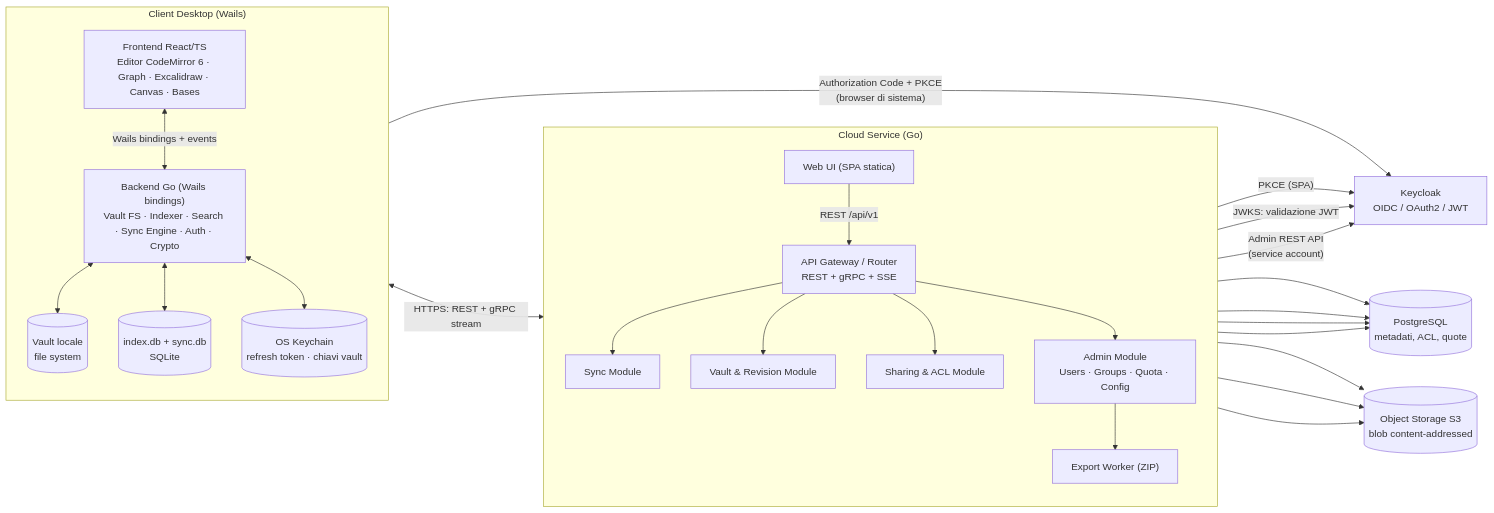
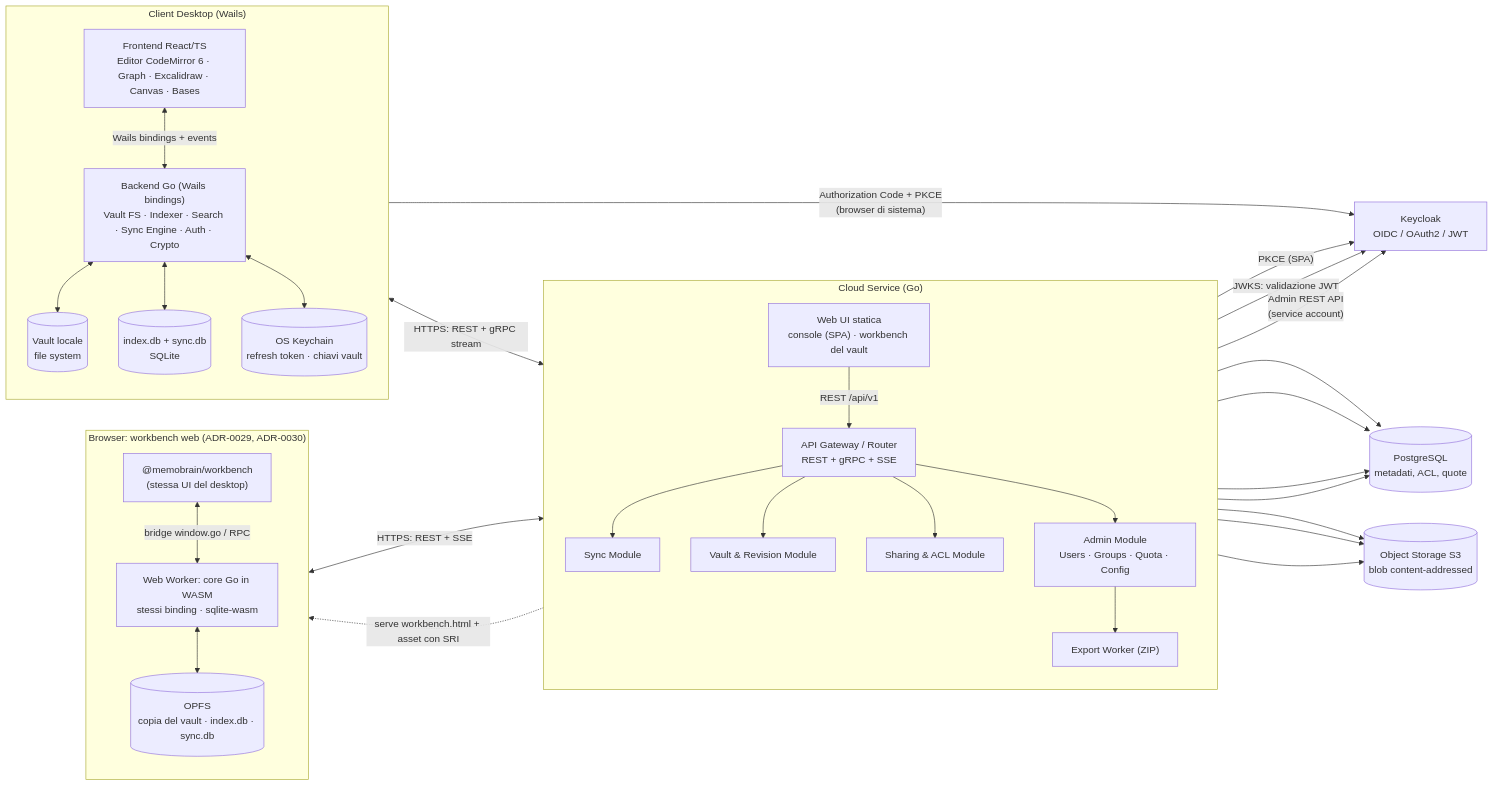
The first of 5 diagrams in Specifications.md (E2BRAdvisory/Clarae), drawn with Mermaid before and after one commit. The commit also changed other lines of this file and 5 other files, not shown here.

First line of the commit message:
docs(spec): Specifications.md 1.3 records the web workbench, the WASM core and Task; ADR 0029, 0030 and 0032 accepted [M11-W10.1]

````diff
--- a/Specifications.md
+++ b/Specifications.md
@@ -95,41 +96,52 @@
 ```mermaid
 flowchart LR
   subgraph DESK["Client Desktop (Wails)"]
     direction TB
     FE["Frontend React/TS<br/>Editor CodeMirror 6 · Graph · Excalidraw · Canvas · Bases"]
     BE["Backend Go (Wails bindings)<br/>Vault FS · Indexer · Search · Sync Engine · Auth · Crypto"]
     LFS[("Vault locale<br/>file system")]
     LDB[("index.db + sync.db<br/>SQLite")]
     KR[("OS Keychain<br/>refresh token · chiavi vault")]
     FE <-->|"Wails bindings + events"| BE
     BE <--> LFS
     BE <--> LDB
     BE <--> KR
   end
 
   subgraph CLOUD["Cloud Service (Go)"]
     direction TB
     GW["API Gateway / Router<br/>REST + gRPC + SSE"]
     SYNC["Sync Module"]
     VAULT["Vault & Revision Module"]
     SHARE["Sharing & ACL Module"]
     ADM["Admin Module<br/>Users · Groups · Quota · Config"]
     EXP["Export Worker (ZIP)"]
-    WEB["Web UI (SPA statica)"]
+    WEB["Web UI statica<br/>console (SPA) · workbench del vault"]
     GW --> SYNC & VAULT & SHARE & ADM
     ADM --> EXP
   end
 
   KC["Keycloak<br/>OIDC / OAuth2 / JWT"]
   PG[("PostgreSQL<br/>metadati, ACL, quote")]
   S3[("Object Storage S3<br/>blob content-addressed")]
 
   BE <-->|"HTTPS: REST + gRPC stream"| GW
   BE -->|"Authorization Code + PKCE<br/>(browser di sistema)"| KC
+  subgraph BROWSER["Browser: workbench web (ADR-0029, ADR-0030)"]
+    direction TB
+    WFE["@memobrain/workbench<br/>(stessa UI del desktop)"]
+    WCORE["Web Worker: core Go in WASM<br/>stessi binding · sqlite-wasm"]
+    OPFS[("OPFS<br/>copia del vault · index.db · sync.db")]
+    WFE <-->|"bridge window.go / RPC"| WCORE
+    WCORE <--> OPFS
+  end
+
   WEB -->|"PKCE (SPA)"| KC
   WEB -->|"REST /api/v1"| GW
+  WEB -.->|"serve workbench.html + asset con SRI"| WFE
+  WCORE <-->|"HTTPS: REST + SSE"| GW
   GW -->|"JWKS: validazione JWT"| KC
   ADM -->|"Admin REST API<br/>(service account)"| KC
   SYNC & VAULT & SHARE & ADM --> PG
   SYNC & VAULT & EXP --> S3
 ```
````
